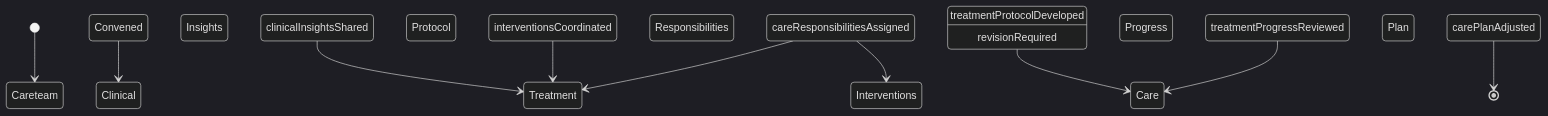
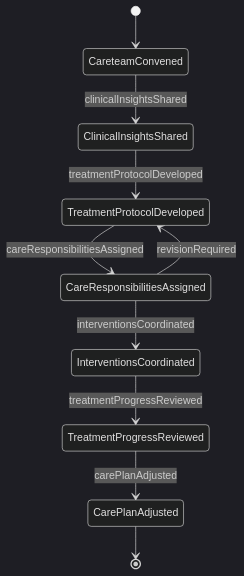
One commit to dot-org-ai/tasks.org.ai changed the second of 4 diagrams in CommunicatingWithSupervisorsPeersOrSubordinates/ConferWithHealthcareOrOtherProfessionalsAboutPatientCare/CollaborateHealthcareProfessionalsPlanProvide.mdx. Above: the diagram before and after it, drawn with Mermaid (dark theme). The commit also changed other lines of this file and 515 other files, not shown here.

````diff
--- a/CommunicatingWithSupervisorsPeersOrSubordinates/ConferWithHealthcareOrOtherProfessionalsAboutPatientCare/CollaborateHealthcareProfessionalsPlanProvide.mdx
+++ b/CommunicatingWithSupervisorsPeersOrSubordinates/ConferWithHealthcareOrOtherProfessionalsAboutPatientCare/CollaborateHealthcareProfessionalsPlanProvide.mdx
@@ -100,12 +100,12 @@
 ```mermaid
 stateDiagram-v2
-    [*] --> Careteam Convened
-    Careteam Convened --> Clinical Insights Shared : clinicalInsightsShared
-    Clinical Insights Shared --> Treatment Protocol Developed : treatmentProtocolDeveloped
-    Treatment Protocol Developed --> Care Responsibilities Assigned : careResponsibilitiesAssigned
-    Care Responsibilities Assigned --> Interventions Coordinated : interventionsCoordinated
-    Interventions Coordinated --> Treatment Progress Reviewed : treatmentProgressReviewed
-    Treatment Progress Reviewed --> Care Plan Adjusted : carePlanAdjusted
-    Care Responsibilities Assigned --> Treatment Protocol Developed : revisionRequired
-    Care Plan Adjusted --> [*]
+    [*] --> CareteamConvened
+    CareteamConvened --> ClinicalInsightsShared : clinicalInsightsShared
+    ClinicalInsightsShared --> TreatmentProtocolDeveloped : treatmentProtocolDeveloped
+    TreatmentProtocolDeveloped --> CareResponsibilitiesAssigned : careResponsibilitiesAssigned
+    CareResponsibilitiesAssigned --> InterventionsCoordinated : interventionsCoordinated
+    InterventionsCoordinated --> TreatmentProgressReviewed : treatmentProgressReviewed
+    TreatmentProgressReviewed --> CarePlanAdjusted : carePlanAdjusted
+    CareResponsibilitiesAssigned --> TreatmentProtocolDeveloped : revisionRequired
+    CarePlanAdjusted --> [*]
 ```
````
